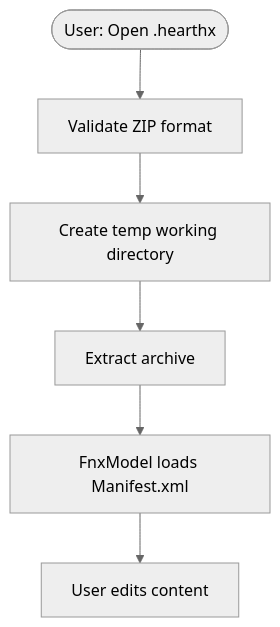
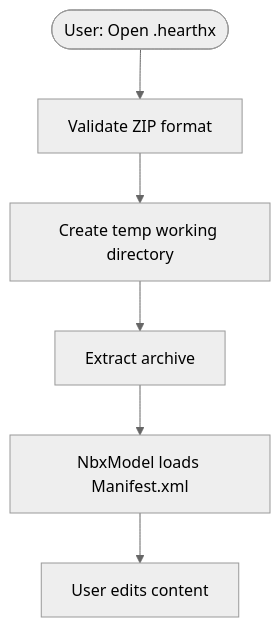
One commit to fairybow/Fernanda changed the second of 3 diagrams in Hearth/docs/Notebooks.md. Above: the diagram before and after it, drawn with Mermaid (neutral theme). The commit also changed other lines of this file and 7 other files, not shown here.

````diff
--- a/Hearth/docs/Notebooks.md
+++ b/Hearth/docs/Notebooks.md
@@ -345,8 +345,8 @@
 ```mermaid
 flowchart TD
     Start([User: Open .hearthx]) --> Validate[Validate ZIP format]
     Validate --> CreateTemp[Create temp working directory]
     CreateTemp --> Extract[Extract archive]
-    Extract --> LoadModel[FnxModel loads Manifest.xml]
+    Extract --> LoadModel[NbxModel loads Manifest.xml]
     LoadModel --> Work[User edits content]
 ```
````
